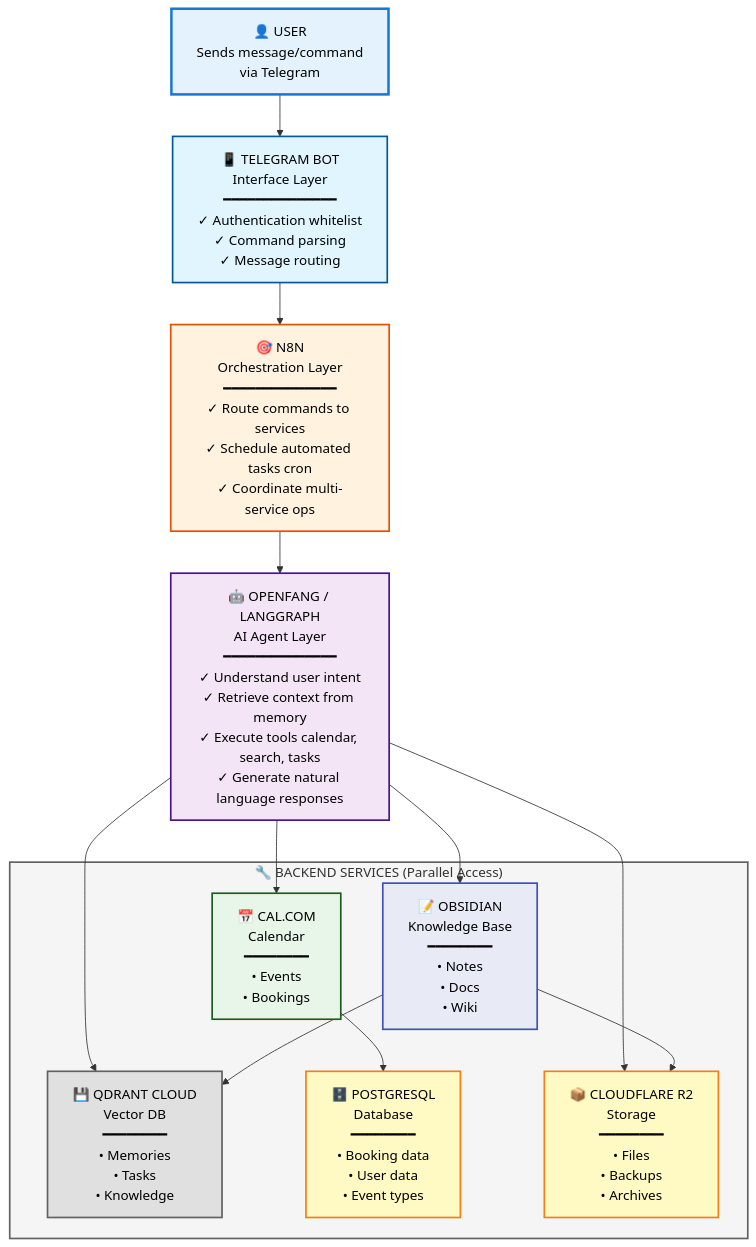
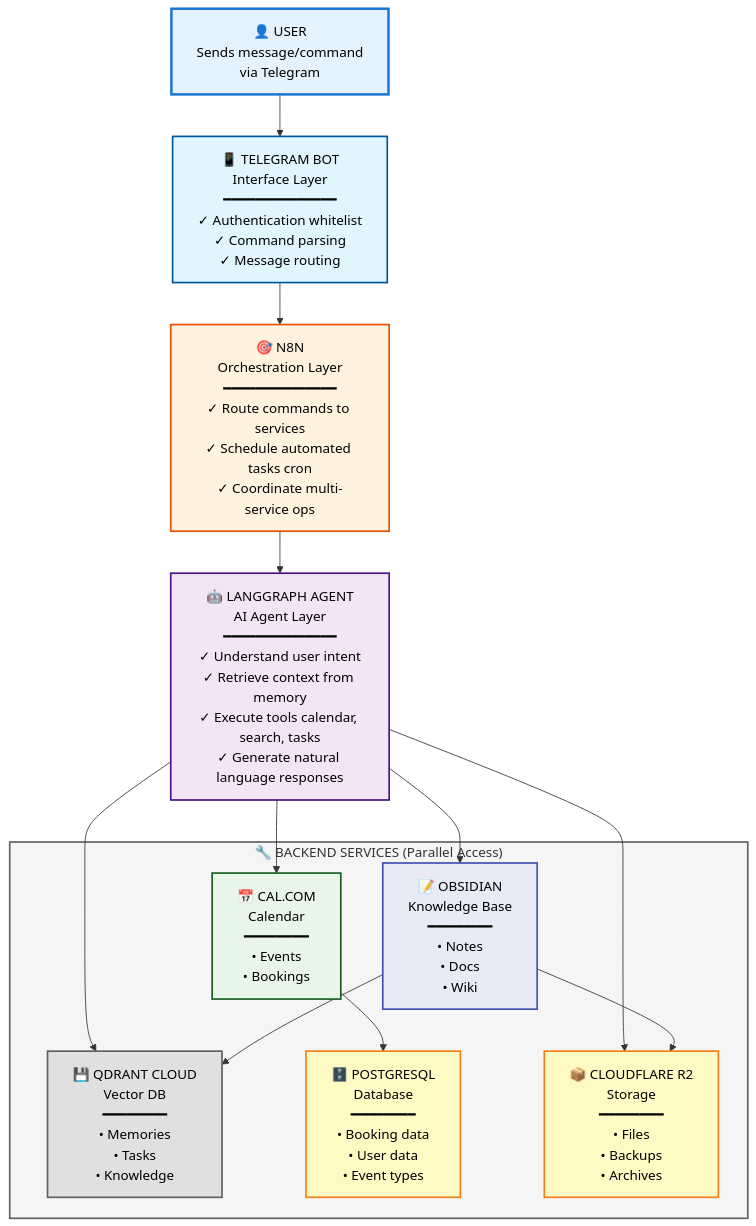
One commit to oppytut/pro-secretary changed the second of 4 diagrams in README.md. Above: the diagram before and after it, drawn with Mermaid. The commit also changed other lines of this file and 5 other files, not shown here.

````diff
--- a/README.md
+++ b/README.md
@@ -100,44 +100,44 @@
 ```mermaid
 flowchart TD
     User[👤 USER<br/>Sends message/command<br/>via Telegram]
     
     TelegramBot[📱 TELEGRAM BOT<br/>Interface Layer<br/>━━━━━━━━━━━━━━<br/>✓ Authentication whitelist<br/>✓ Command parsing<br/>✓ Message routing]
     
     N8N[🎯 N8N<br/>Orchestration Layer<br/>━━━━━━━━━━━━━━<br/>✓ Route commands to services<br/>✓ Schedule automated tasks cron<br/>✓ Coordinate multi-service ops]
     
-    AIAgent[🤖 OPENFANG / LANGGRAPH<br/>AI Agent Layer<br/>━━━━━━━━━━━━━━<br/>✓ Understand user intent<br/>✓ Retrieve context from memory<br/>✓ Execute tools calendar, search, tasks<br/>✓ Generate natural language responses]
+    AIAgent[🤖 LANGGRAPH AGENT<br/>AI Agent Layer<br/>━━━━━━━━━━━━━━<br/>✓ Understand user intent<br/>✓ Retrieve context from memory<br/>✓ Execute tools calendar, search, tasks<br/>✓ Generate natural language responses]
     
     subgraph Backend["🔧 BACKEND SERVICES (Parallel Access)"]
         Obsidian[📝 OBSIDIAN<br/>Knowledge Base<br/>━━━━━━━━<br/>• Notes<br/>• Docs<br/>• Wiki]
         
         Qdrant[💾 QDRANT CLOUD<br/>Vector DB<br/>━━━━━━━━<br/>• Memories<br/>• Tasks<br/>• Knowledge]
         
         CalCom[📅 CAL.COM<br/>Calendar<br/>━━━━━━━━<br/>• Events<br/>• Bookings]
         
         PostgreSQL[🗄️ POSTGRESQL<br/>Database<br/>━━━━━━━━<br/>• Booking data<br/>• User data<br/>• Event types]
         
         R2[📦 CLOUDFLARE R2<br/>Storage<br/>━━━━━━━━<br/>• Files<br/>• Backups<br/>• Archives]
     end
     
     User --> TelegramBot
     TelegramBot --> N8N
     N8N --> AIAgent
     AIAgent --> Obsidian
     AIAgent --> Qdrant
     AIAgent --> CalCom
     AIAgent --> R2
     Obsidian --> Qdrant
     Obsidian --> R2
     CalCom --> PostgreSQL
     
     style User fill:#e3f2fd,stroke:#1976d2,stroke-width:3px,color:#000
     style TelegramBot fill:#e1f5ff,stroke:#01579b,stroke-width:2px,color:#000
     style N8N fill:#fff3e0,stroke:#e65100,stroke-width:2px,color:#000
     style AIAgent fill:#f3e5f5,stroke:#4a148c,stroke-width:2px,color:#000
     style Backend fill:#f5f5f5,stroke:#616161,stroke-width:2px
     style Obsidian fill:#e8eaf6,stroke:#3f51b5,stroke-width:2px,color:#000
     style Qdrant fill:#e0e0e0,stroke:#616161,stroke-width:2px,color:#000
     style CalCom fill:#e8f5e9,stroke:#1b5e20,stroke-width:2px,color:#000
     style PostgreSQL fill:#fff9c4,stroke:#f57f17,stroke-width:2px,color:#000
     style R2 fill:#fff9c4,stroke:#f57f17,stroke-width:2px,color:#000
 ```
````
